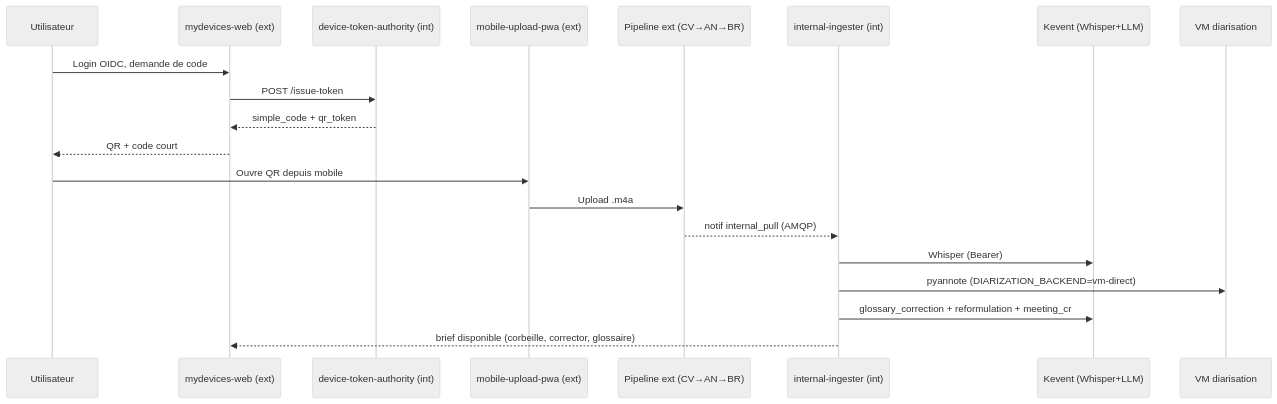
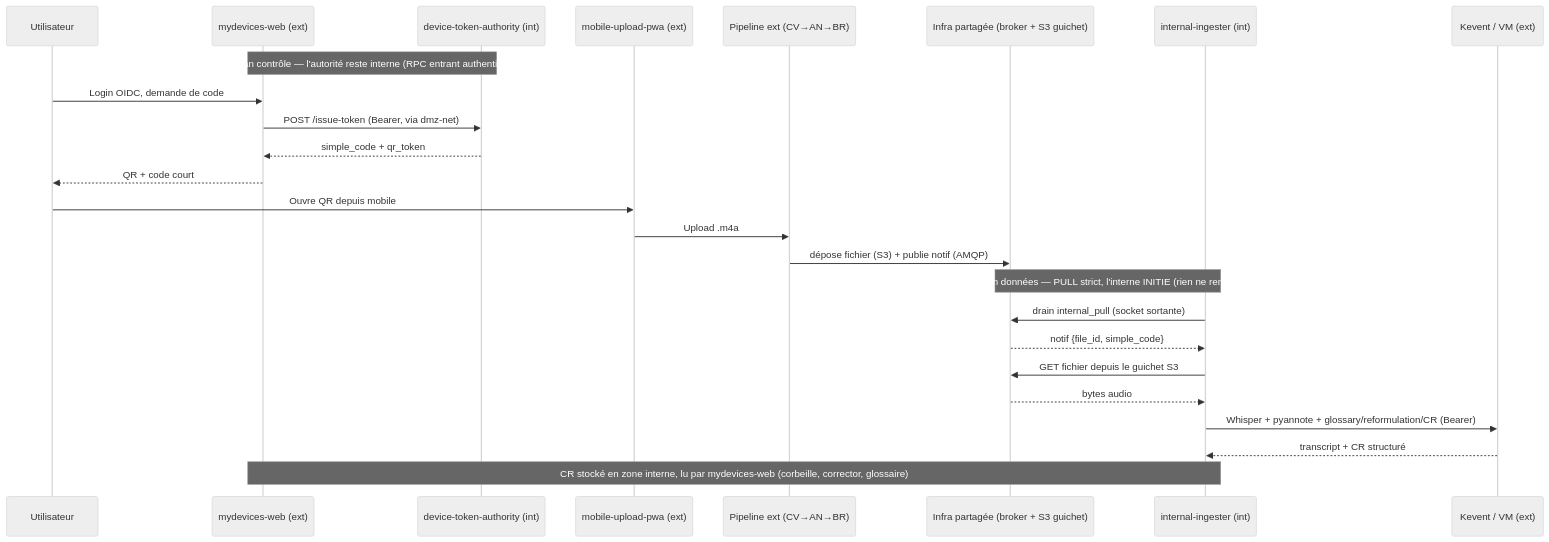
Before and after one commit to betagouv/gitscan: the second of 4 diagrams in repos/IA-Generative/mirai-mesreunions/README.md, drawn with Mermaid (neutral theme). The commit also changed other lines of this file and 4 other files, not shown here.

````diff
--- a/repos/IA-Generative/mirai-mesreunions/README.md
+++ b/repos/IA-Generative/mirai-mesreunions/README.md
@@ -117,22 +139,30 @@
 ```mermaid
 sequenceDiagram
   participant U as Utilisateur
   participant MW as mydevices-web (ext)
   participant DTA as device-token-authority (int)
   participant PWA as mobile-upload-pwa (ext)
   participant PIPE as Pipeline ext (CV→AN→BR)
+  participant SH as Infra partagée (broker + S3 guichet)
   participant ING as internal-ingester (int)
-  participant KEV as Kevent (Whisper+LLM)
-  participant VM as VM diarisation
+  participant KEV as Kevent / VM (ext)
+
+  Note over MW,DTA: Plan contrôle — l'autorité reste interne (RPC entrant authentifié)
   U->>MW: Login OIDC, demande de code
-  MW->>DTA: POST /issue-token
+  MW->>DTA: POST /issue-token (Bearer, via dmz-net)
   DTA-->>MW: simple_code + qr_token
   MW-->>U: QR + code court
+
   U->>PWA: Ouvre QR depuis mobile
   PWA->>PIPE: Upload .m4a
-  PIPE-->>ING: notif internal_pull (AMQP)
-  ING->>KEV: Whisper (Bearer)
-  ING->>VM: pyannote (DIARIZATION_BACKEND=vm-direct)
-  ING->>KEV: glossary_correction + reformulation + meeting_cr
-  ING-->>MW: brief disponible (corbeille, corrector, glossaire)
+  PIPE->>SH: dépose fichier (S3) + publie notif (AMQP)
+
+  Note over SH,ING: Plan données — PULL strict, l'interne INITIE (rien ne rentre)
+  ING->>SH: drain internal_pull (socket sortante)
+  SH-->>ING: notif {file_id, simple_code}
+  ING->>SH: GET fichier depuis le guichet S3
+  SH-->>ING: bytes audio
+  ING->>KEV: Whisper + pyannote + glossary/reformulation/CR (Bearer)
+  KEV-->>ING: transcript + CR structuré
+  Note over ING,MW: CR stocké en zone interne, lu par mydevices-web (corbeille, corrector, glossaire)
 ```
````
